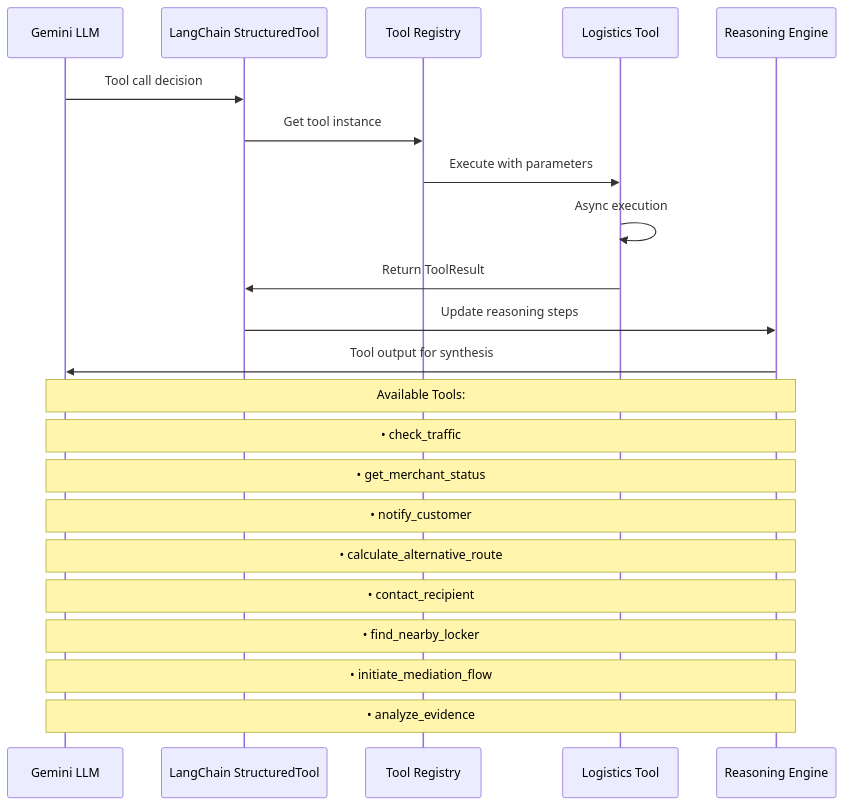
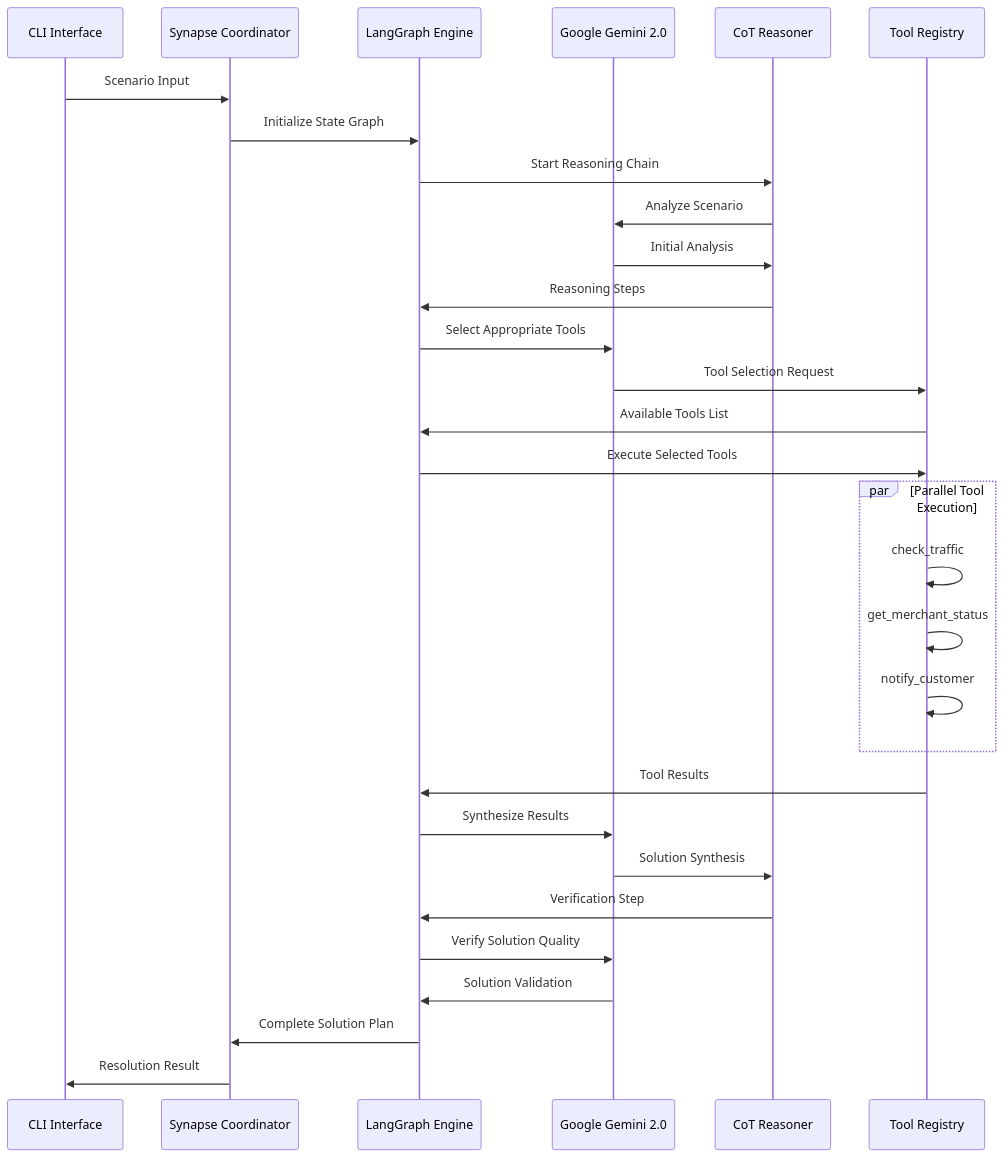
Before and after one commit to ayushvishnoipro/Grab-hack-Delivery-Agent-: the sixth of 9 diagrams in README.md, drawn with Mermaid. The commit also changed other lines of this file, not shown here.

````diff
--- a/README.md
+++ b/README.md
@@ -189,26 +248,36 @@
 ```mermaid
 sequenceDiagram
-    participant LLM as Gemini LLM
-    participant LC as LangChain StructuredTool
-    participant TR as Tool Registry
-    participant LT as Logistics Tool
-    participant RE as Reasoning Engine
+    participant CLI as CLI Interface
+    participant Coord as Synapse Coordinator
+    participant LG as LangGraph Engine
+    participant Gemini as Google Gemini 2.0
+    participant Reasoner as CoT Reasoner
+    participant Tools as Tool Registry
     
-    LLM->>LC: Tool call decision
-    LC->>TR: Get tool instance
-    TR->>LT: Execute with parameters
-    LT->>LT: Async execution
-    LT->>LC: Return ToolResult
-    LC->>RE: Update reasoning steps
-    RE->>LLM: Tool output for synthesis
+    CLI->>Coord: Scenario Input
+    Coord->>LG: Initialize State Graph
+    LG->>Reasoner: Start Reasoning Chain
+    Reasoner->>Gemini: Analyze Scenario
+    Gemini->>Reasoner: Initial Analysis
+    Reasoner->>LG: Reasoning Steps
     
-    Note over LLM,RE: Available Tools:
-    Note over LLM,RE: • check_traffic
-    Note over LLM,RE: • get_merchant_status  
-    Note over LLM,RE: • notify_customer
-    Note over LLM,RE: • calculate_alternative_route
-    Note over LLM,RE: • contact_recipient
-    Note over LLM,RE: • find_nearby_locker
-    Note over LLM,RE: • initiate_mediation_flow
-    Note over LLM,RE: • analyze_evidence
+    LG->>Gemini: Select Appropriate Tools
+    Gemini->>Tools: Tool Selection Request
+    Tools->>LG: Available Tools List
+    LG->>Tools: Execute Selected Tools
+    
+    par Parallel Tool Execution
+        Tools->>Tools: check_traffic
+        Tools->>Tools: get_merchant_status
+        Tools->>Tools: notify_customer
+    end
+    
+    Tools->>LG: Tool Results
+    LG->>Gemini: Synthesize Results
+    Gemini->>Reasoner: Solution Synthesis
+    Reasoner->>LG: Verification Step
+    LG->>Gemini: Verify Solution Quality
+    Gemini->>LG: Solution Validation
+    LG->>Coord: Complete Solution Plan
+    Coord->>CLI: Resolution Result
 ```
````
